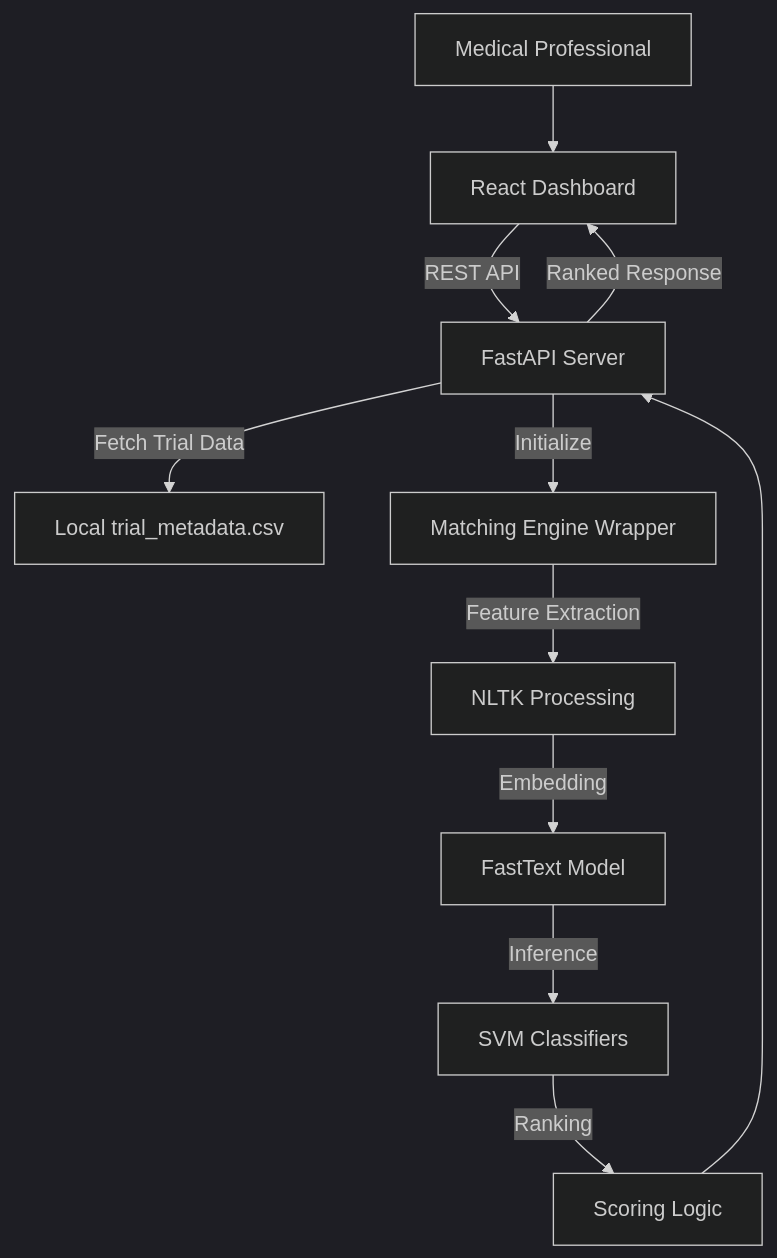
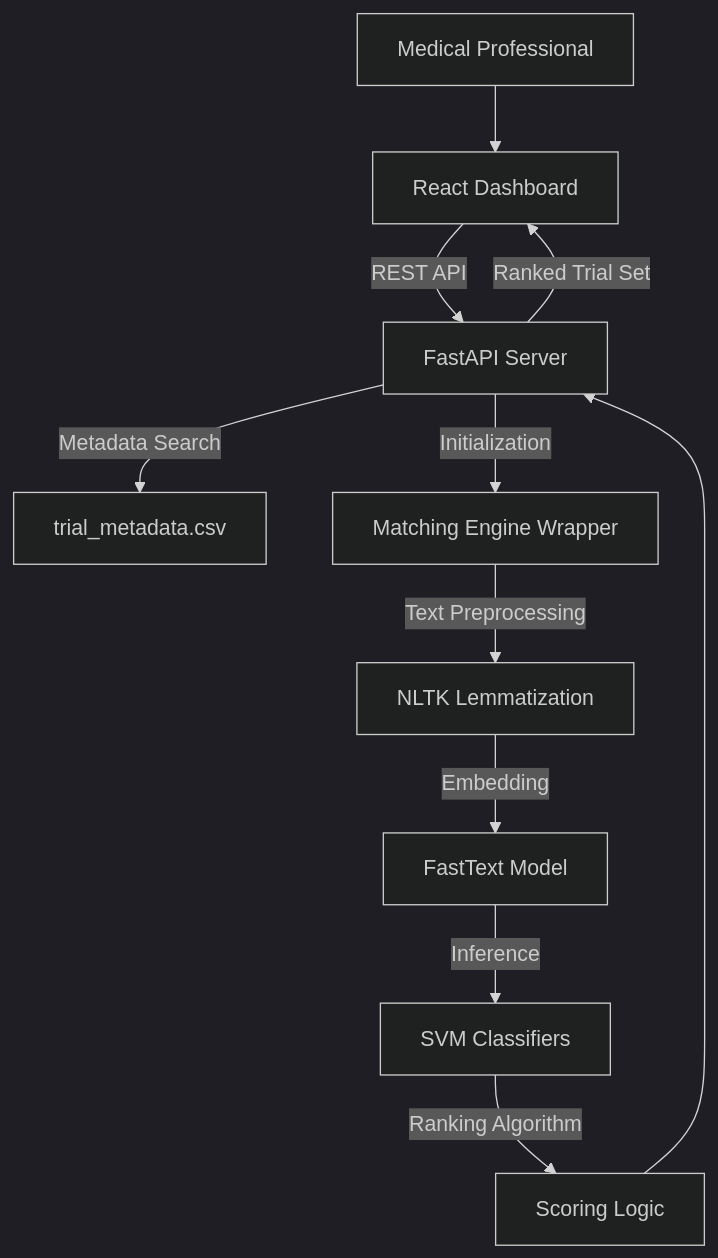
Before and after one commit to Dev10-sys/Automated-Matching-of-Patients-to-Clinical-Trials: the diagram in README.md, drawn with Mermaid (dark theme). The commit also changed other lines of this file and 6 other files, not shown here.

````diff
--- a/README.md
+++ b/README.md
@@ -33,13 +33,13 @@
 ```mermaid
 graph TD
     User[Medical Professional] --> Frontend[React Dashboard]
     Frontend -->|REST API| API[FastAPI Server]
-    API -->|Fetch Trial Data| CTGov[Local trial_metadata.csv]
-    API -->|Initialize| Matcher[Matching Engine Wrapper]
-    Matcher -->|Feature Extraction| NLP[NLTK Processing]
+    API -->|Metadata Search| LocalData[trial_metadata.csv]
+    API -->|Initialization| Matcher[Matching Engine Wrapper]
+    Matcher -->|Text Preprocessing| NLP[NLTK Lemmatization]
     NLP -->|Embedding| FT[FastText Model]
     FT -->|Inference| SVM[SVM Classifiers]
-    SVM -->|Ranking| Scorer[Scoring Logic]
+    SVM -->|Ranking Algorithm| Scorer[Scoring Logic]
     Scorer --> API
-    API -->|Ranked Response| Frontend
+    API -->|Ranked Trial Set| Frontend
 ```
````
